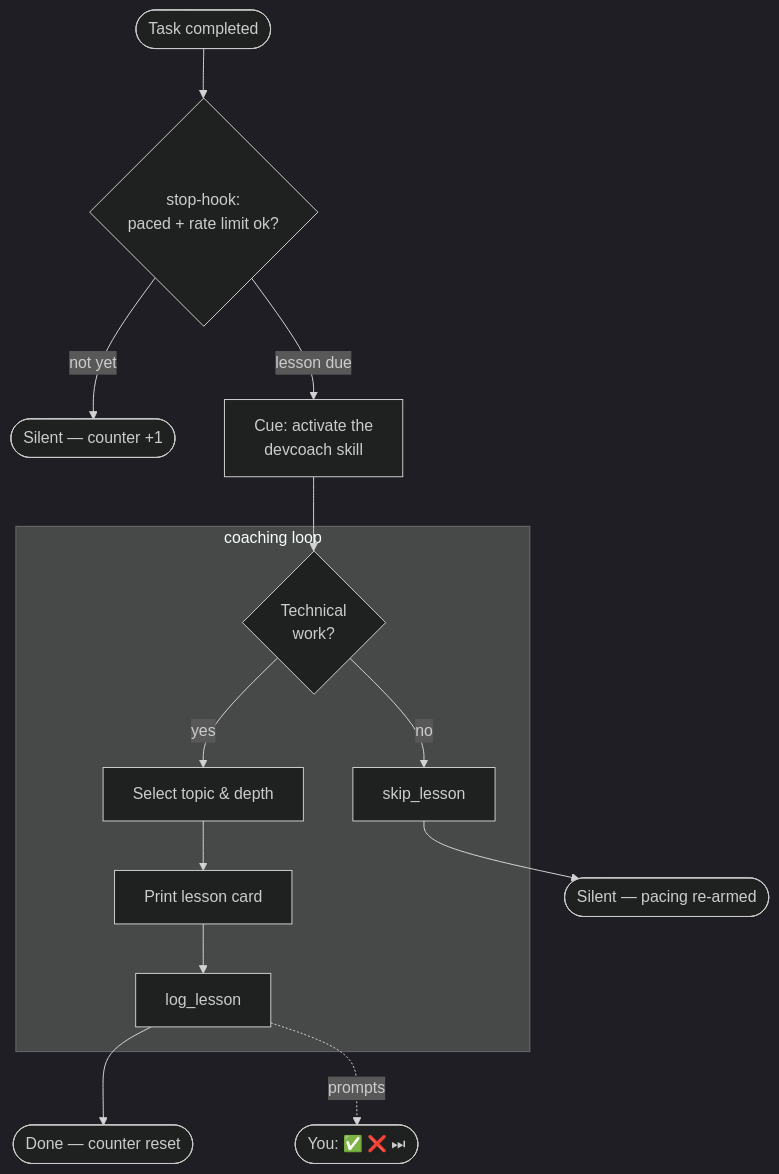
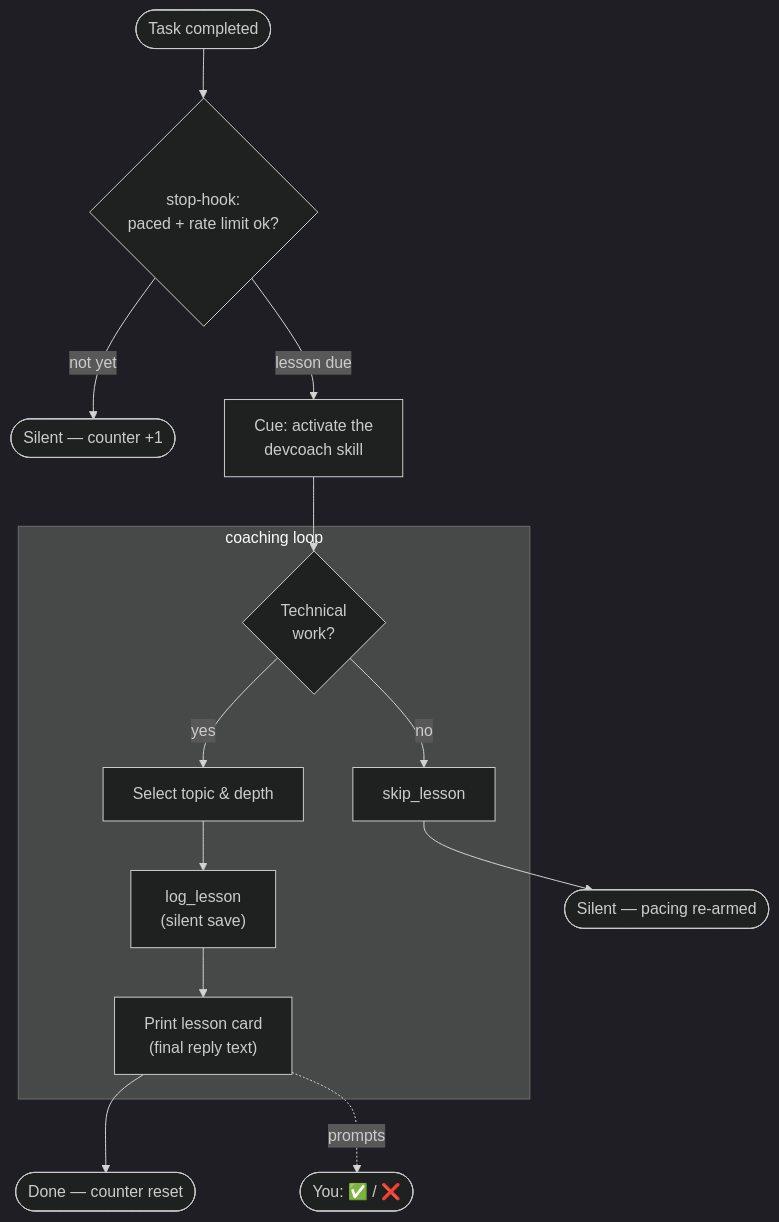
The second of 2 diagrams in docs/how-it-works.md (UltimaPhoenix/dev-coach), drawn with Mermaid (dark theme) before and after one commit. The commit also changed other lines of this file and 21 other files, not shown here.

````diff
--- a/docs/how-it-works.md
+++ b/docs/how-it-works.md
@@ -49,20 +52,20 @@
 ```mermaid
 flowchart TD
-    A([Task completed]) --> B{stop-hook:\npaced + rate limit ok?}
+    A([Task completed]) --> B{"stop-hook:<br/>paced + rate limit ok?"}
     B -->|not yet| Z([Silent — counter +1])
-    B -->|lesson due| C[Cue: activate the\ndevcoach skill]
+    B -->|lesson due| C["Cue: activate the<br/>devcoach skill"]
 
     subgraph loop["coaching loop"]
-        D{Technical\nwork?}
+        D{"Technical<br/>work?"}
         E[Select topic & depth]
-        F[Print lesson card]
-        G[log_lesson]
+        G["log_lesson<br/>(silent save)"]
+        F["Print lesson card<br/>(final reply text)"]
         S[skip_lesson]
     end
 
     C --> D
     D -->|no| S --> Z2([Silent — pacing re-armed])
-    D -->|yes| E --> F --> G
-    G --> H([Done — counter reset])
-    G -.->|prompts| U(["You: ✅ ❌ ⏭"])
+    D -->|yes| E --> G --> F
+    F --> H([Done — counter reset])
+    F -.->|prompts| U(["You: ✅ / ❌"])
 ```
````
